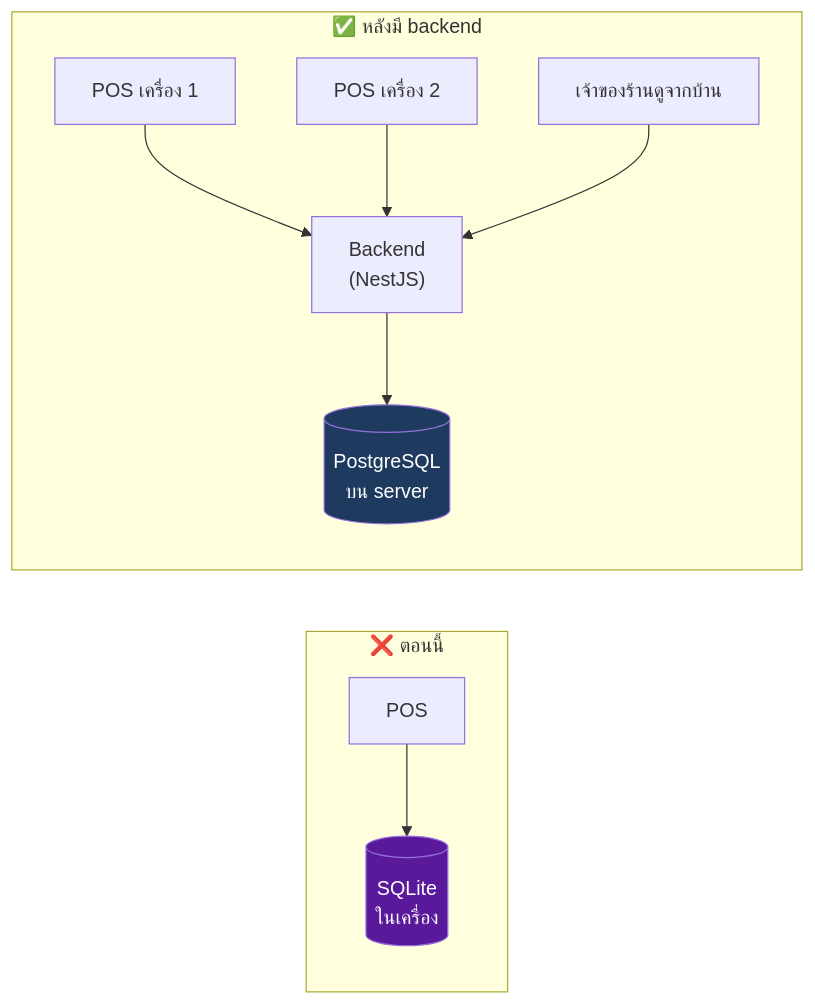
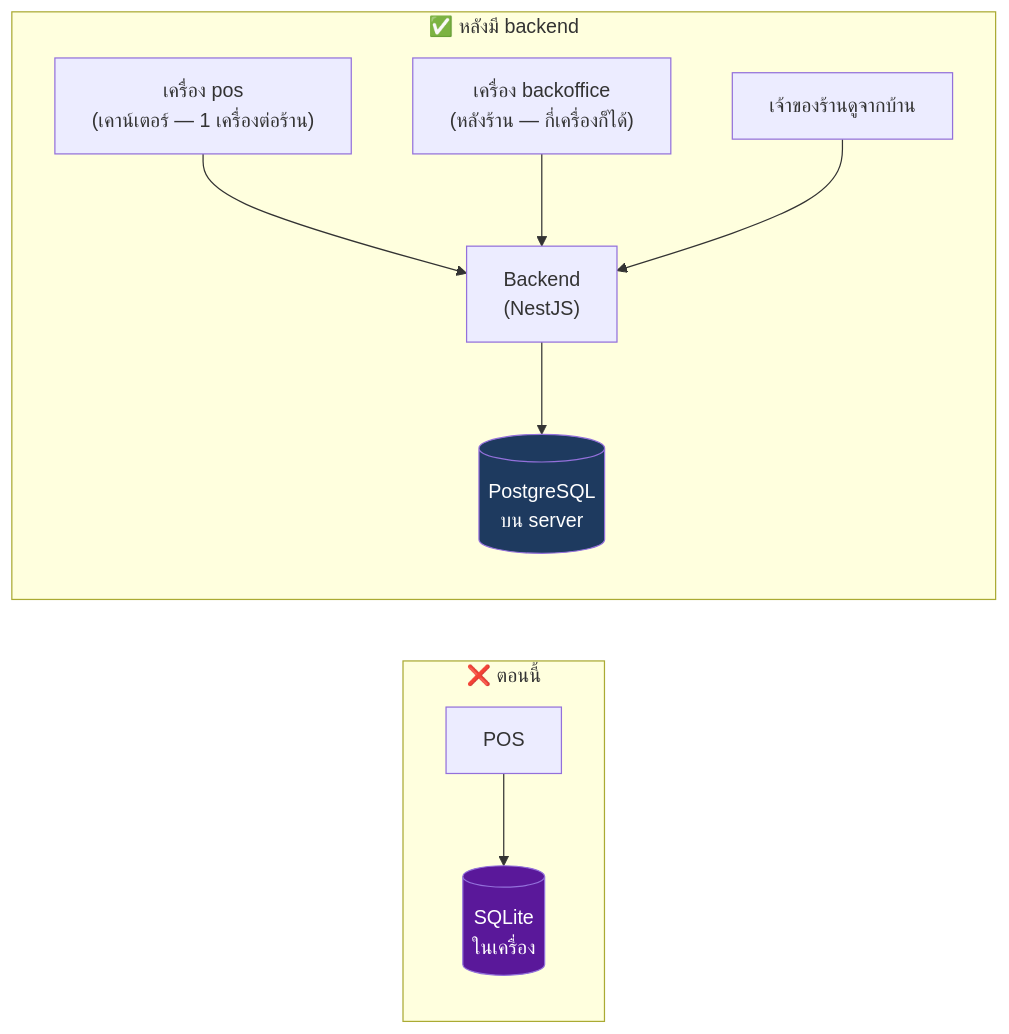
One commit to NuimanLP/srisurart-pos-flutter changed the second of 15 diagrams in docs/Backend_design/00_BASICS.md. Above: the diagram before and after it, drawn with Mermaid. The commit also changed other lines of this file and 15 other files, not shown here.

````diff
--- a/docs/Backend_design/00_BASICS.md
+++ b/docs/Backend_design/00_BASICS.md
@@ -57,14 +66,14 @@
 ```mermaid
 flowchart LR
   subgraph before["❌ ตอนนี้"]
     A1["POS"] --> A2[("SQLite<br/>ในเครื่อง")]
   end
   subgraph after["✅ หลังมี backend"]
-    B1["POS เครื่อง 1"] --> B3["Backend<br/>(NestJS)"]
-    B2["POS เครื่อง 2"] --> B3
+    B1["เครื่อง pos<br/>(เคาน์เตอร์ — 1 เครื่องต่อร้าน)"] --> B3["Backend<br/>(NestJS)"]
+    B2["เครื่อง backoffice<br/>(หลังร้าน — กี่เครื่องก็ได้)"] --> B3
     B4["เจ้าของร้านดูจากบ้าน"] --> B3
     B3 --> B5[("PostgreSQL<br/>บน server")]
   end
   style A2 fill:#5a189a,color:#fff
   style B5 fill:#1e3a5f,color:#fff
 ```
````
